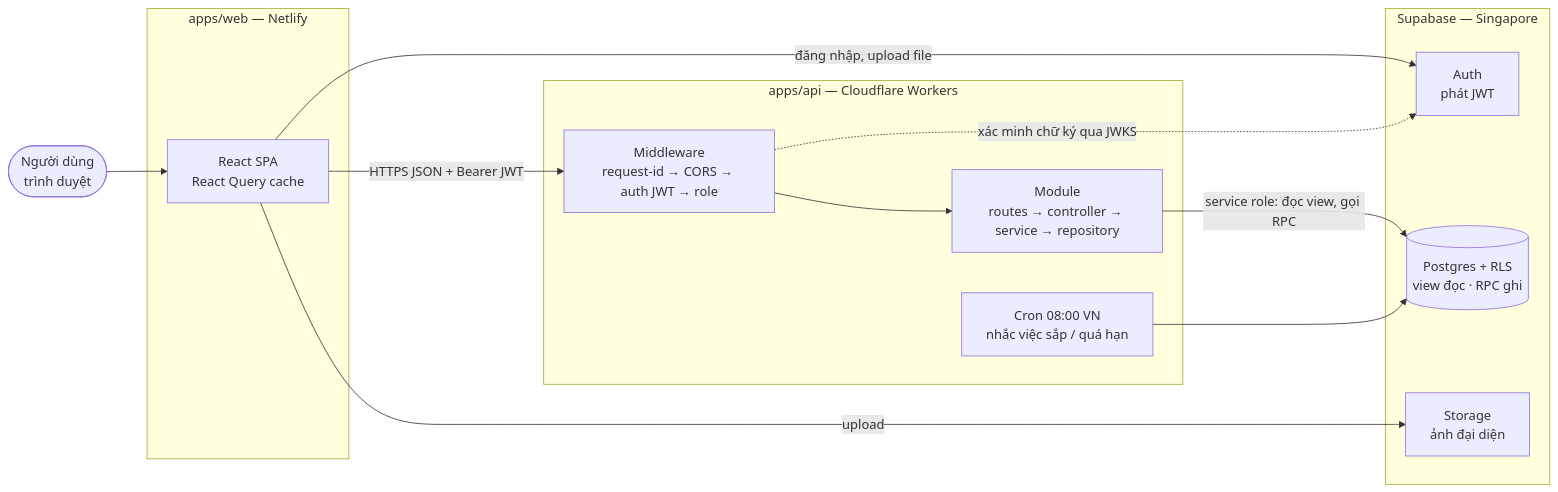
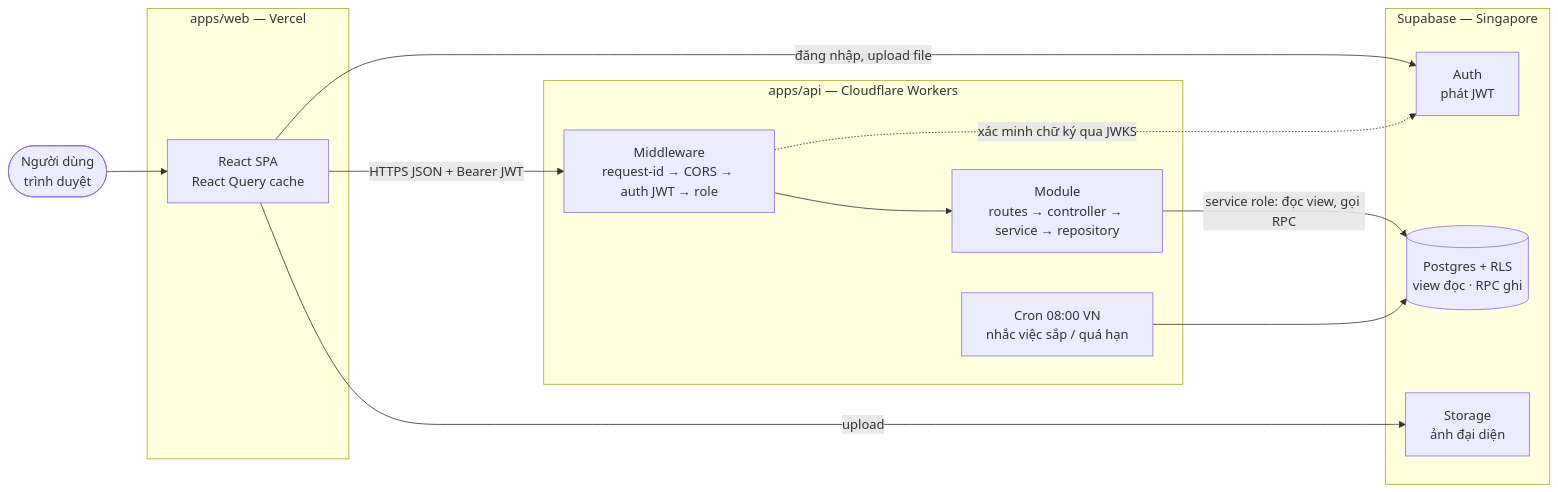
One commit to ThongTranNhi/CRM-Business changed the first of 5 diagrams in README.md. Above: the diagram before and after it, drawn with Mermaid. The commit also changed other lines of this file and 20 other files, not shown here.

First line of the commit message:
chore(deploy): web chuyển từ Netlify sang Vercel (ADR 009)

````diff
--- a/README.md
+++ b/README.md
@@ -59,28 +59,28 @@
 ```mermaid
 flowchart LR
   user(["Người dùng<br/>trình duyệt"])
 
-  subgraph web["apps/web — Netlify"]
+  subgraph web["apps/web — Vercel"]
     spa["React SPA<br/>React Query cache"]
   end
 
   subgraph api["apps/api — Cloudflare Workers"]
     mw["Middleware<br/>request-id → CORS → auth JWT → role"]
     mod["Module<br/>routes → controller → service → repository"]
     cron["Cron 08:00 VN<br/>nhắc việc sắp / quá hạn"]
   end
 
   subgraph sb["Supabase — Singapore"]
     auth["Auth<br/>phát JWT"]
     db[("Postgres + RLS<br/>view đọc · RPC ghi")]
     storage["Storage<br/>ảnh đại diện"]
   end
 
   user --> spa
   spa -- "đăng nhập, upload file" --> auth
   spa -- "upload" --> storage
   spa -- "HTTPS JSON + Bearer JWT" --> mw --> mod
   mod -- "service role: đọc view, gọi RPC" --> db
   cron --> db
   mw -.->|"xác minh chữ ký qua JWKS"| auth
 ```
````
